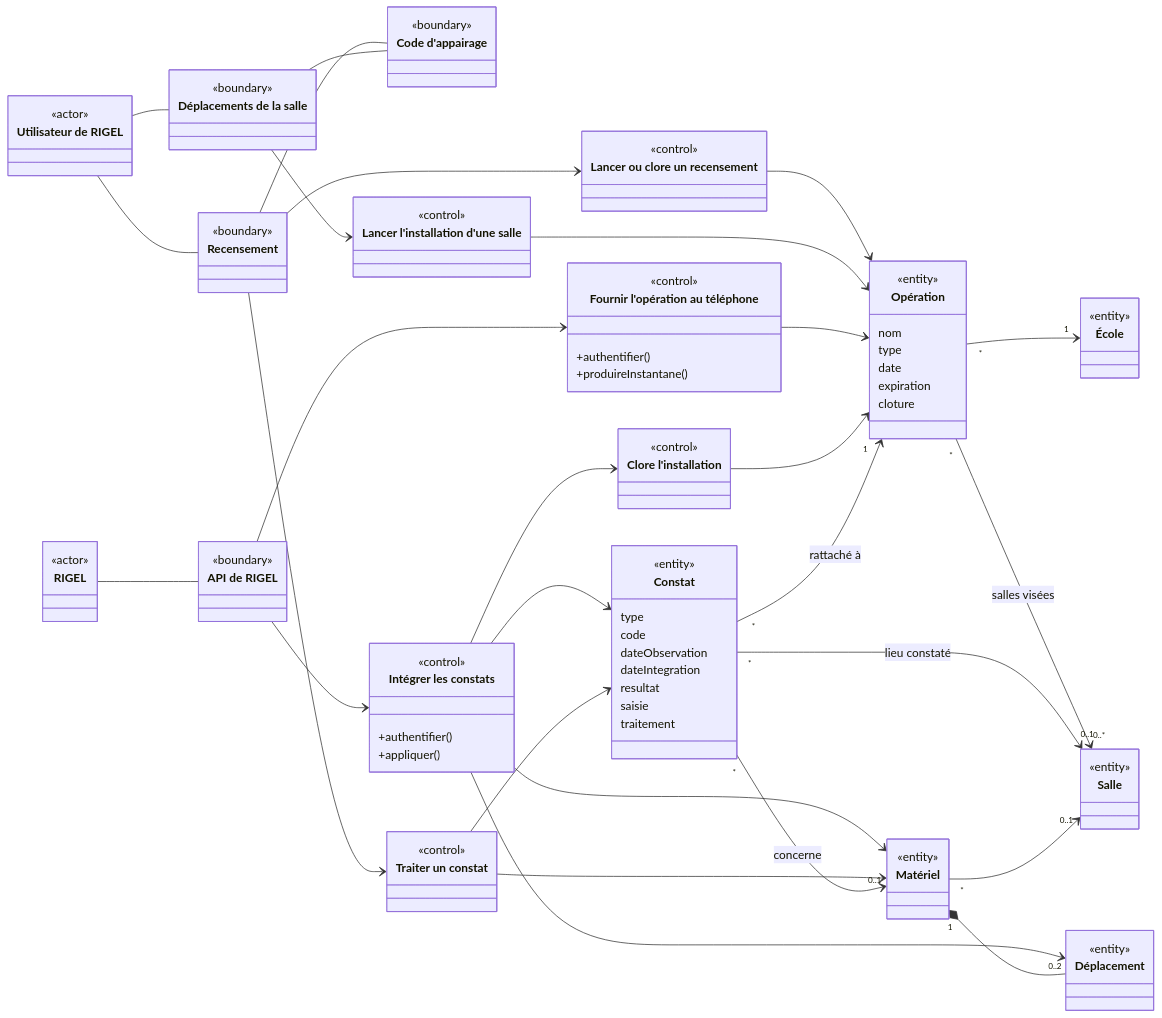
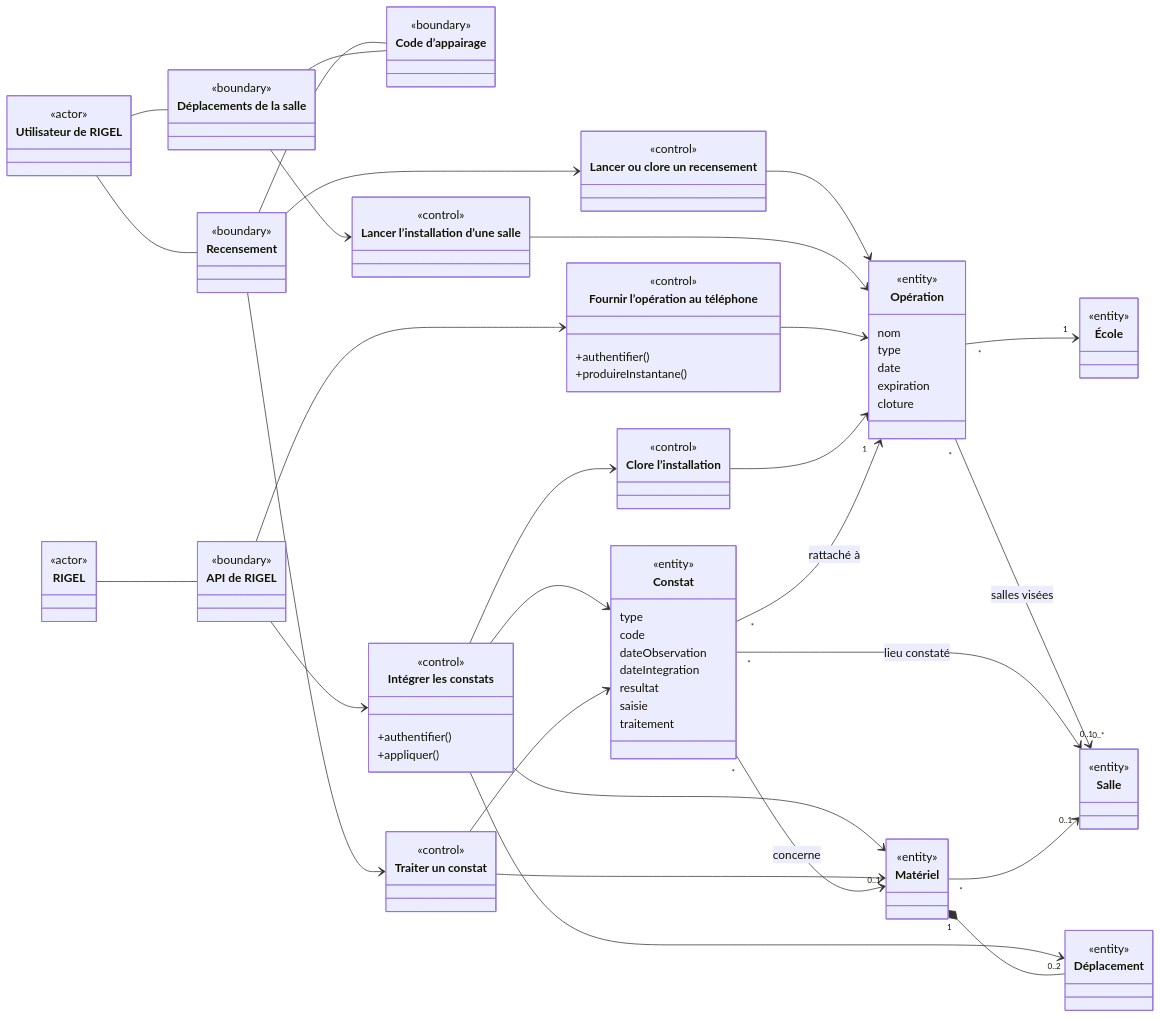
One commit to bpierrelouis/aster changed the fifth of 5 diagrams in docs/02-ANALYSE/03-ANALYSE/02-DIAGRAMME-CLASSES-ANALYSE.md. Above: the diagram before and after it, drawn with Mermaid. The commit also changed other lines of this file and 32 other files, not shown here.

```diff
--- a/docs/02-ANALYSE/03-ANALYSE/02-DIAGRAMME-CLASSES-ANALYSE.md
+++ b/docs/02-ANALYSE/03-ANALYSE/02-DIAGRAMME-CLASSES-ANALYSE.md
@@ -482,7 +482,7 @@
     class EcranDeplacements["Déplacements de la salle"] {
         <<boundary>>
     }
-    class Appairage["Code d'appairage"] {
+    class Appairage["Code d’appairage"] {
         <<boundary>>
     }
     class InterfaceRigel["API de RIGEL"] {
@@ -491,10 +491,10 @@
     class LancerRecensement["Lancer ou clore un recensement"] {
         <<control>>
     }
-    class LancerInstallation["Lancer l'installation d'une salle"] {
+    class LancerInstallation["Lancer l’installation d’une salle"] {
         <<control>>
     }
-    class PublierOperations["Fournir l'opération au téléphone"] {
+    class PublierOperations["Fournir l’opération au téléphone"] {
         <<control>>
         +authentifier()
         +produireInstantane()
@@ -507,7 +507,7 @@
     class TraiterConstat["Traiter un constat"] {
         <<control>>
     }
-    class CloreInstallation["Clore l'installation"] {
+    class CloreInstallation["Clore l’installation"] {
         <<control>>
     }
     class Operation["Opération"] {
```
